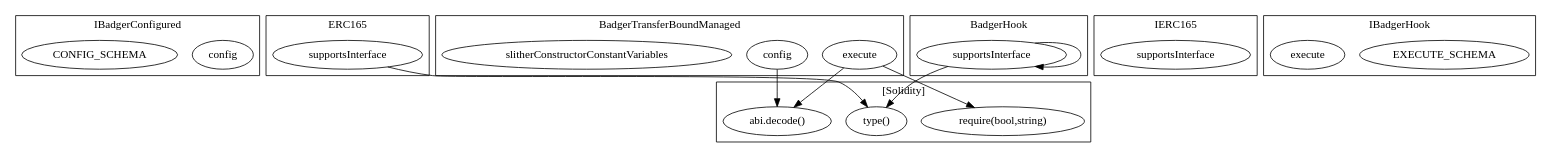
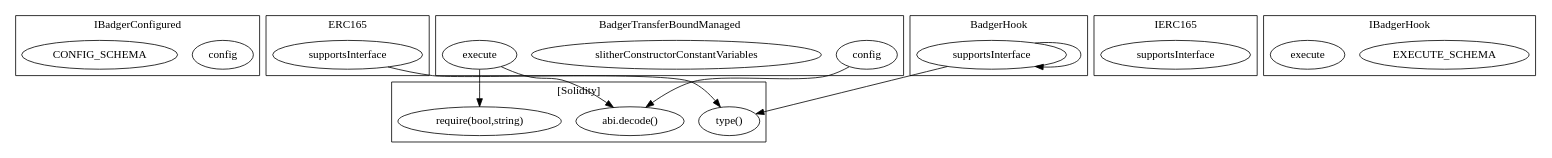
One commit to FlipsideCrypto/badger changed the diagram in contracts/build/...BadgerTransferBoundManaged.call-graph.dot. Above: the diagram before and after it, drawn with Graphviz. The commit also changed other lines of this file and 20 other files, not shown here.

```diff
--- a/contracts/build/...BadgerTransferBoundManaged.call-graph.dot
+++ b/contracts/build/...BadgerTransferBoundManaged.call-graph.dot
@@ -1,36 +1,36 @@
 strict digraph {
 subgraph cluster_6468_IBadgerConfigured {
 label = "IBadgerConfigured"
 "6468_config" [label="config"]
 "6468_CONFIG_SCHEMA" [label="CONFIG_SCHEMA"]
 }subgraph cluster_3081_ERC165 {
 label = "ERC165"
 "3081_supportsInterface" [label="supportsInterface"]
 }subgraph cluster_6352_BadgerTransferBoundManaged {
 label = "BadgerTransferBoundManaged"
-"6352_execute" [label="execute"]
 "6352_config" [label="config"]
 "6352_slitherConstructorConstantVariables" [label="slitherConstructorConstantVariables"]
+"6352_execute" [label="execute"]
 }subgraph cluster_3093_IERC165 {
 label = "IERC165"
 "3093_supportsInterface" [label="supportsInterface"]
 }subgraph cluster_6488_IBadgerHook {
 label = "IBadgerHook"
 "6488_EXECUTE_SCHEMA" [label="EXECUTE_SCHEMA"]
 "6488_execute" [label="execute"]
 }subgraph cluster_4956_BadgerHook {
 label = "BadgerHook"
 "4956_supportsInterface" [label="supportsInterface"]
 "4956_supportsInterface" -> "4956_supportsInterface"
 }subgraph cluster_solidity {
 label = "[Solidity]"
-"type()" 
 "require(bool,string)" 
 "abi.decode()" 
+"type()" 
+"6352_execute" -> "require(bool,string)"
+"6352_config" -> "abi.decode()"
+"6352_execute" -> "abi.decode()"
 "3081_supportsInterface" -> "type()"
 "4956_supportsInterface" -> "type()"
-"6352_config" -> "abi.decode()"
-"6352_execute" -> "require(bool,string)"
-"6352_execute" -> "abi.decode()"
 }
 }
```
